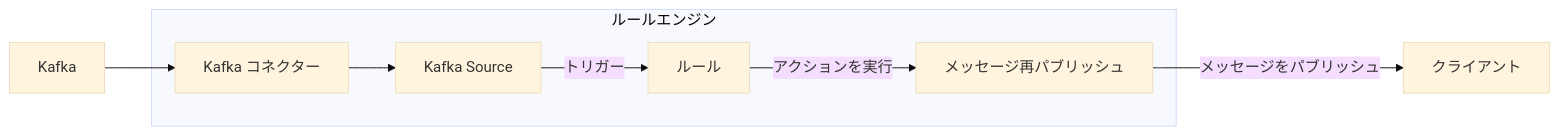
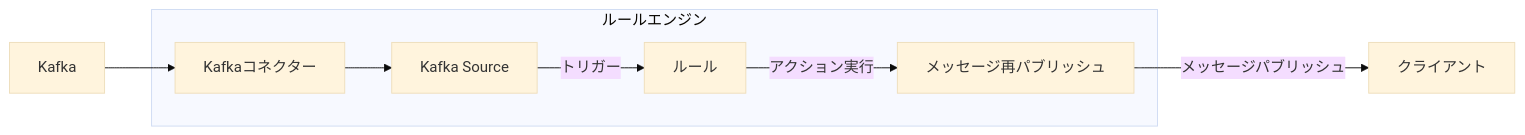
The second of 2 diagrams in ja_JP/data-integration/data-bridges.md (emqx/emqx-docs), drawn with Mermaid (base theme) before and after one commit. The commit also changed other lines of this file and 45 other files, not shown here.

````diff
--- a/ja_JP/data-integration/data-bridges.md
+++ b/ja_JP/data-integration/data-bridges.md
@@ -62,11 +62,11 @@
 ```mermaid
 graph LR
-  A[Kafka] --> B[Kafka コネクター]
+  A[Kafka] --> B[Kafkaコネクター]
   subgraph ルールエンジン
     B --> C[Kafka Source]
     C -->  |トリガー| D[ルール]
-    D -->  |アクションを実行| D1[メッセージ再パブリッシュ]
+    D -->  |アクション実行| D1[メッセージ再パブリッシュ]
   end
 
-D1 -->|メッセージをパブリッシュ| E[クライアント]
+D1 -->|メッセージパブリッシュ| E[クライアント]
 ```
````
